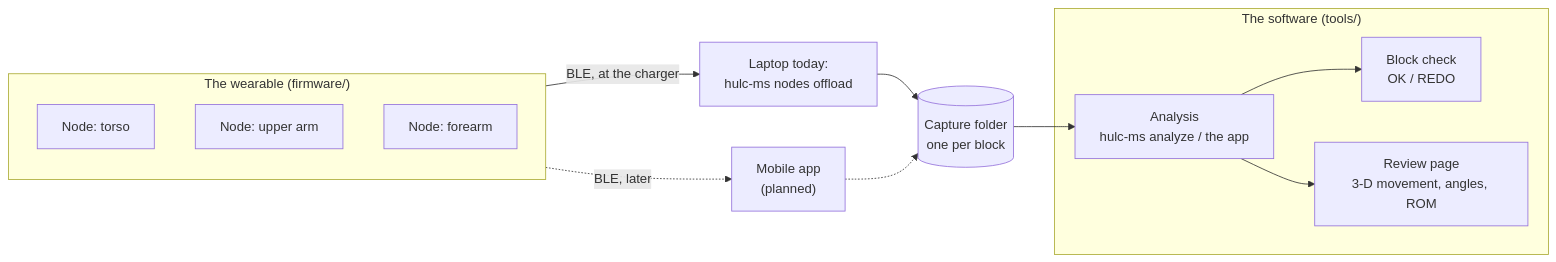
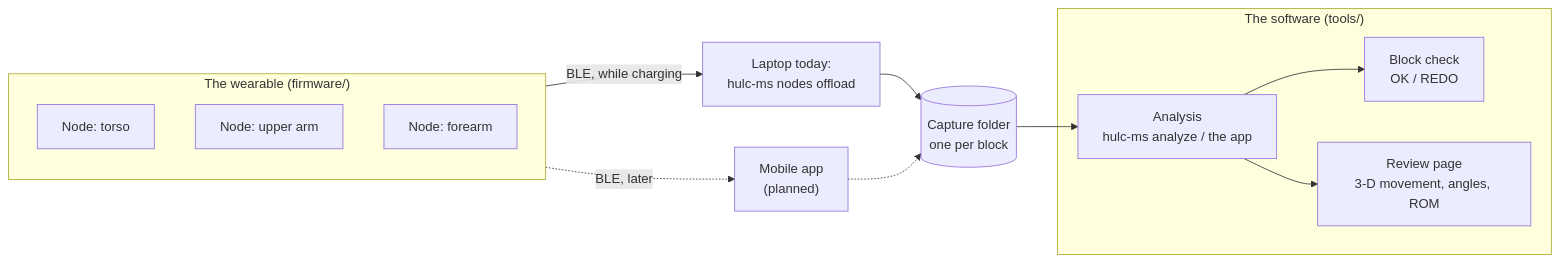
One commit to Jamie215/HULC_motionshirt changed the diagram in README.md. Above: the diagram before and after it, drawn with Mermaid. The commit also changed other lines of this file and 3 other files, not shown here.

First line of the commit message:
Docs: while charging, onboard flash, flash-limited block length

````diff
--- a/README.md
+++ b/README.md
@@ -13,21 +13,21 @@
 ```mermaid
 flowchart LR
     subgraph W["The wearable (firmware/)"]
         N1["Node: torso"]
         N2["Node: upper arm"]
         N3["Node: forearm"]
     end
     L["Laptop today:<br/>hulc-ms nodes offload"]
     M["Mobile app<br/>(planned)"]
     C[("Capture folder<br/>one per block")]
     subgraph S["The software (tools/)"]
         A["Analysis<br/>hulc-ms analyze / the app"]
         B["Block check<br/>OK / REDO"]
         V["Review page<br/>3-D movement, angles, ROM"]
     end
-    W -- "BLE, at the charger" --> L
+    W -- "BLE, while charging" --> L
     W -. "BLE, later" .-> M
     L --> C
     M -.-> C
     C --> A --> B & V
 ```
````
